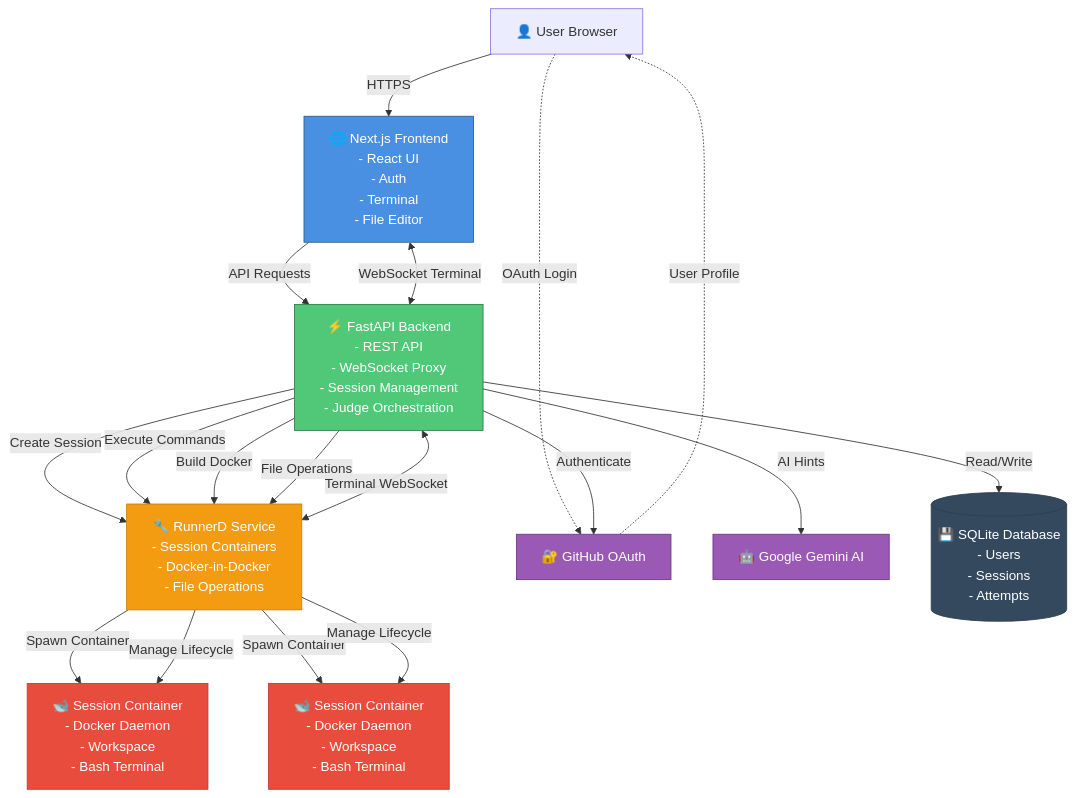
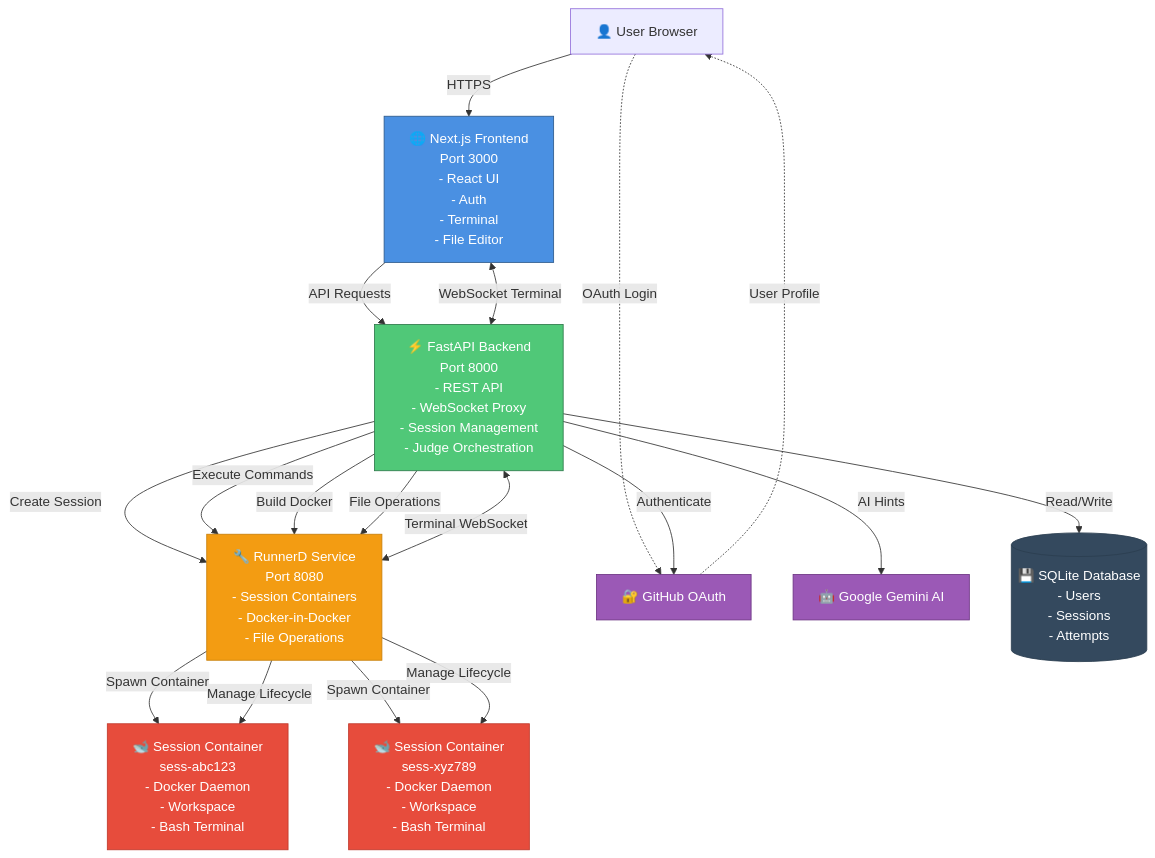
Before and after one commit to sanjayb-28/ContainrLab: the first of 5 diagrams in docs/ARCHITECTURE.md, drawn with Mermaid. The commit also changed other lines of this file and 16 other files, not shown here.

````diff
--- a/docs/ARCHITECTURE.md
+++ b/docs/ARCHITECTURE.md
@@ -17,53 +17,53 @@
 ```mermaid
 graph TB
     User[👤 User Browser]
     
-    Web[🌐 Next.js Frontend<br/>- React UI<br/>- Auth<br/>- Terminal<br/>- File Editor]
+    Web[🌐 Next.js Frontend<br/>Port 3000<br/>- React UI<br/>- Auth<br/>- Terminal<br/>- File Editor]
     
-    API[⚡ FastAPI Backend<br/>- REST API<br/>- WebSocket Proxy<br/>- Session Management<br/>- Judge Orchestration]
+    API[⚡ FastAPI Backend<br/>Port 8000<br/>- REST API<br/>- WebSocket Proxy<br/>- Session Management<br/>- Judge Orchestration]
     
-    RunnerD[🔧 RunnerD Service<br/>- Session Containers<br/>- Docker-in-Docker<br/>- File Operations]
+    RunnerD[🔧 RunnerD Service<br/>Port 8080<br/>- Session Containers<br/>- Docker-in-Docker<br/>- File Operations]
     
-    Session1[🐋 Session Container<br/>- Docker Daemon<br/>- Workspace<br/>- Bash Terminal]
-    Session2[🐋 Session Container<br/>- Docker Daemon<br/>- Workspace<br/>- Bash Terminal]
+    Session1[🐋 Session Container<br/>sess-abc123<br/>- Docker Daemon<br/>- Workspace<br/>- Bash Terminal]
+    Session2[🐋 Session Container<br/>sess-xyz789<br/>- Docker Daemon<br/>- Workspace<br/>- Bash Terminal]
     
     GitHub[🔐 GitHub OAuth]
     Gemini[🤖 Google Gemini AI]
     DB[(💾 SQLite Database<br/>- Users<br/>- Sessions<br/>- Attempts)]
     
     User -->|HTTPS| Web
     User -.->|OAuth Login| GitHub
     GitHub -.->|User Profile| User
     
     Web -->|API Requests| API
     Web <-->|WebSocket Terminal| API
     
     API -->|Authenticate| GitHub
     API -->|AI Hints| Gemini
     API -->|Read/Write| DB
     
     API -->|Create Session| RunnerD
     API -->|Execute Commands| RunnerD
     API -->|Build Docker| RunnerD
     API -->|File Operations| RunnerD
     API <-->|Terminal WebSocket| RunnerD
     
     RunnerD -->|Spawn Container| Session1
     RunnerD -->|Spawn Container| Session2
     RunnerD -->|Manage Lifecycle| Session1
     RunnerD -->|Manage Lifecycle| Session2
     
     classDef frontend fill:#4a90e2,stroke:#2d5a8c,color:#fff
     classDef backend fill:#50c878,stroke:#2d7a4a,color:#fff
     classDef runner fill:#f39c12,stroke:#c87f0a,color:#fff
     classDef session fill:#e74c3c,stroke:#c0392b,color:#fff
     classDef external fill:#9b59b6,stroke:#6c3483,color:#fff
     classDef storage fill:#34495e,stroke:#2c3e50,color:#fff
     
     class Web frontend
     class API backend
     class RunnerD runner
     class Session1,Session2 session
     class GitHub,Gemini external
     class DB storage
 ```
````
